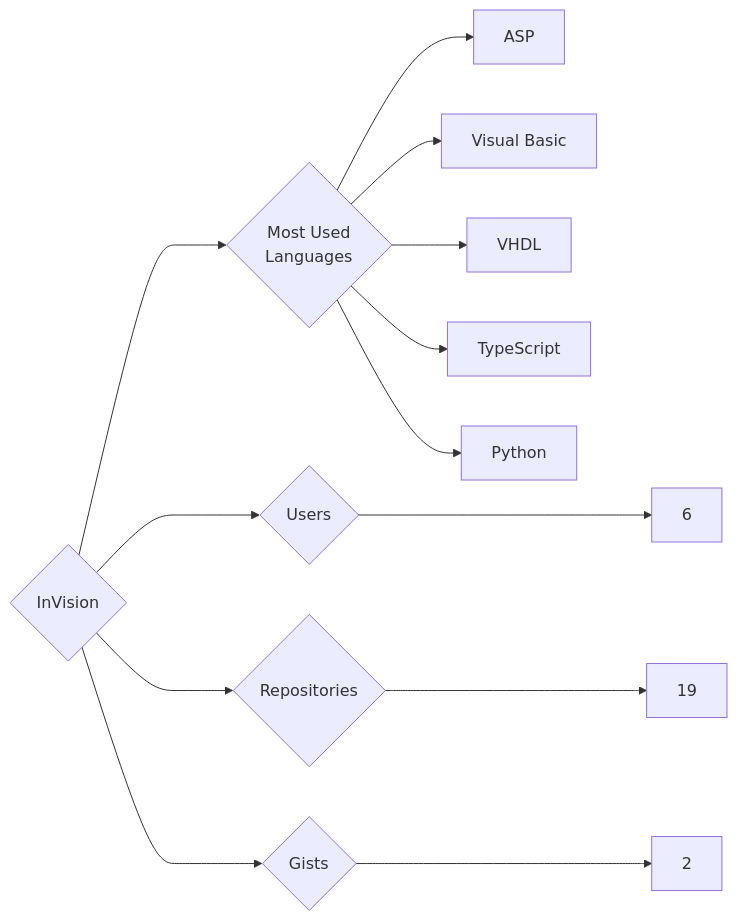
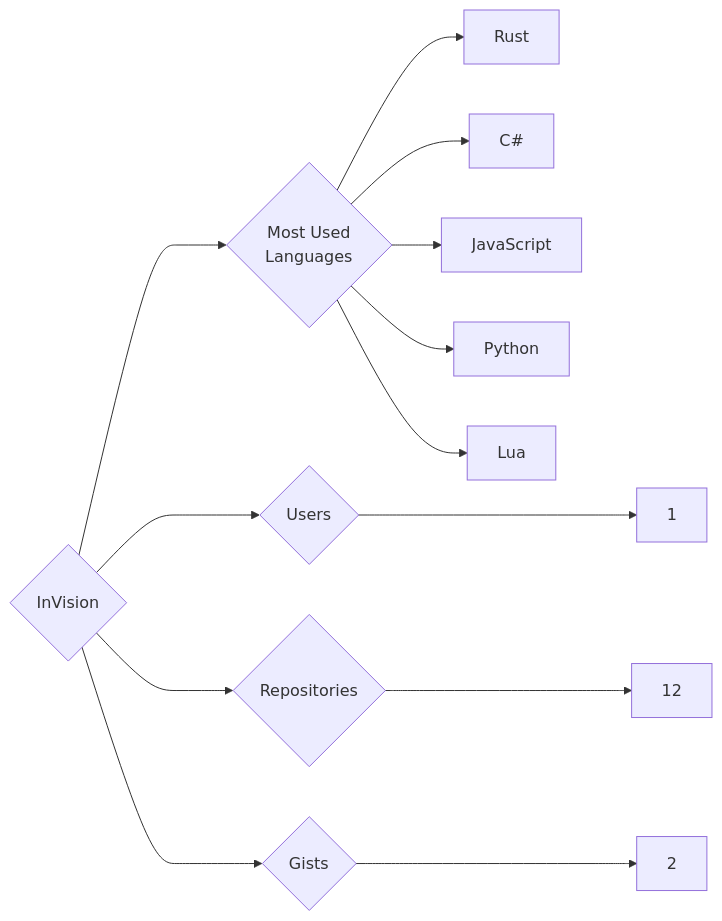
Before and after one commit to trickest/insiders: the diagram in targets/InVision/README.md, drawn with Mermaid. The commit also changed 559 other files, not shown here.

````diff
--- a/targets/InVision/README.md
+++ b/targets/InVision/README.md
@@ -3,13 +3,13 @@
 ```mermaid
 graph LR
 COMPANY_NAME{InVision}
-COMPANY_NAME ---> U{Users} ---> UN[6]
-COMPANY_NAME ---> R{Repositories} ---> RN[19]
+COMPANY_NAME ---> U{Users} ---> UN[1]
+COMPANY_NAME ---> R{Repositories} ---> RN[12]
 COMPANY_NAME ---> G{Gists} ---> GN[2]
 COMPANY_NAME ---> ML{Most Used<br>Languages}
-ML --> ASP[ASP]
-ML --> Visual_Basic[Visual Basic]
-ML --> VHDL[VHDL]
-ML --> TypeScript[TypeScript]
+ML --> Rust[Rust]
+ML --> C#[C#]
+ML --> JavaScript[JavaScript]
 ML --> Python[Python]
+ML --> Lua[Lua]
 ```
````
